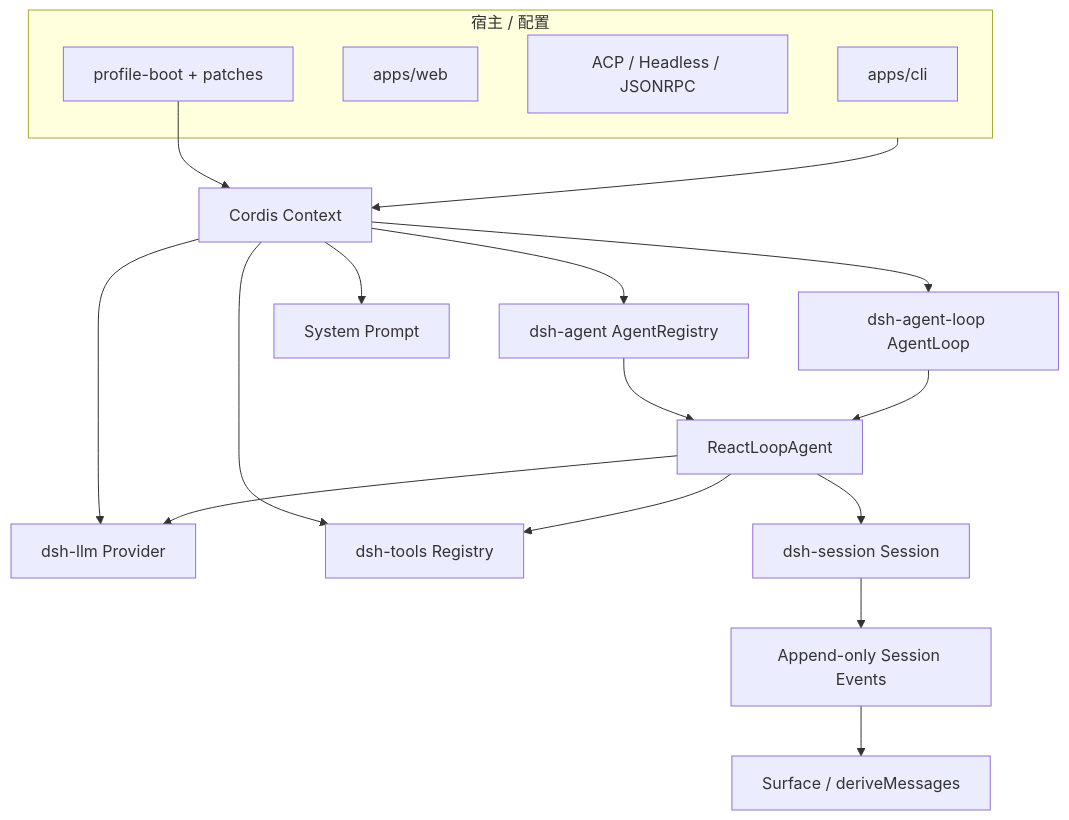
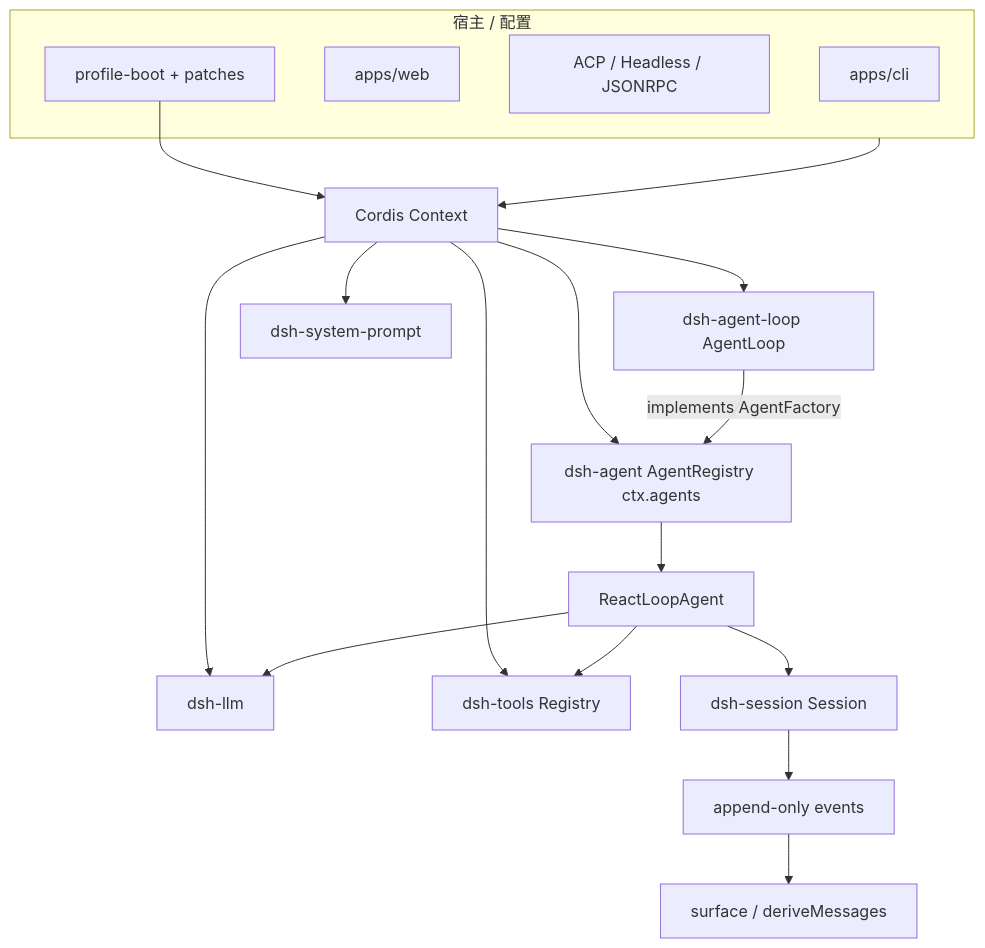
One commit to xiaoslin9153/awesome-agent-harness-tutorial changed the first of 2 diagrams in tutorial/zh-CN/03-frameworks/deepseek-harness/overview.md. Above: the diagram before and after it, drawn with Mermaid. The commit also changed other lines of this file and 3 other files, not shown here.

````diff
--- a/tutorial/zh-CN/03-frameworks/deepseek-harness/overview.md
+++ b/tutorial/zh-CN/03-frameworks/deepseek-harness/overview.md
@@ -47,24 +51,24 @@
 ```mermaid
 flowchart TD
   subgraph Host[宿主 / 配置]
     CLI[apps/cli]
     Web[apps/web]
     Ex[ACP / Headless / JSONRPC]
-    Profile[profile-boot + patches]
+    P[profile-boot + patches]
   end
 
-  Profile --> Ctx[Cordis Context]
+  P --> Ctx[Cordis Context]
   Host --> Ctx
-  Ctx --> AR[dsh-agent AgentRegistry]
+  Ctx --> AR[dsh-agent AgentRegistry ctx.agents]
   Ctx --> AL[dsh-agent-loop AgentLoop]
-  Ctx --> LLM[dsh-llm Provider]
+  Ctx --> LLM[dsh-llm]
   Ctx --> Tools[dsh-tools Registry]
-  Ctx --> SP[System Prompt]
+  Ctx --> SP[dsh-system-prompt]
+  AL -- implements AgentFactory --> AR
   AR --> RLA[ReactLoopAgent]
-  AL --> RLA
   RLA --> SES[dsh-session Session]
-  SES --> Log[Append-only Session Events]
-  Log --> Surface[Surface / deriveMessages]
+  SES --> Log[append-only events]
+  Log --> Surf[surface / deriveMessages]
   RLA --> LLM
   RLA --> Tools
 ```
````
